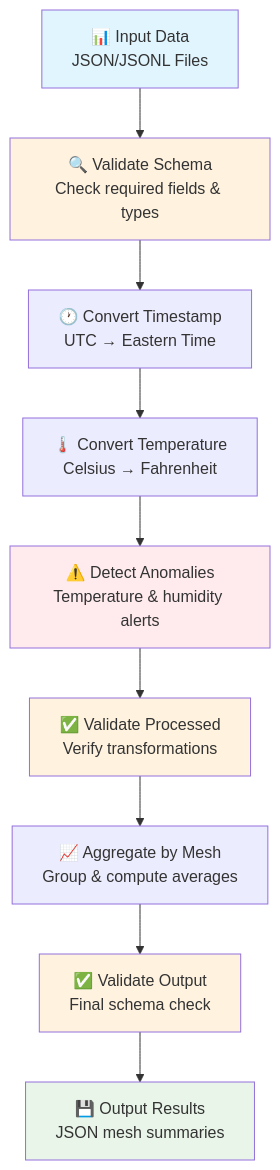
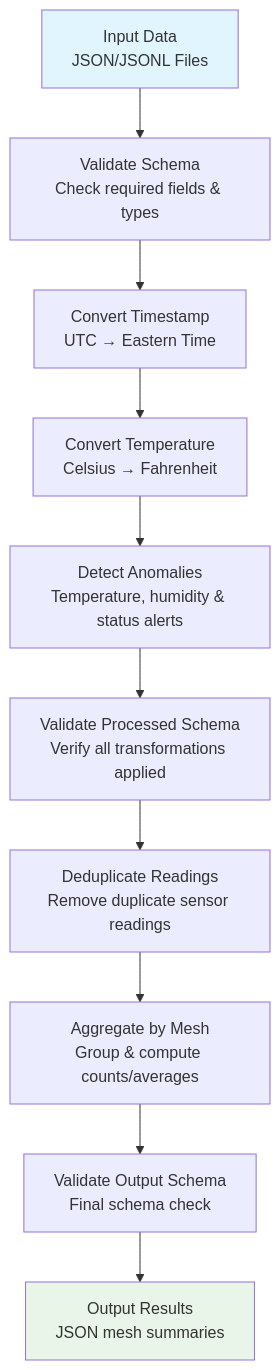
The diagram in README.md (cladden/sensor_pipeline), drawn with Mermaid before and after one commit. The commit also changed other lines of this file and 14 other files, not shown here.

Commit message:
change output alerts to counts and healthy reading percentage, split dedupe out into it's own step.

````diff
--- a/README.md
+++ b/README.md
@@ -122,18 +20,15 @@
 ```mermaid
 graph TD
-    A["📊 Input Data<br/>JSON/JSONL Files"] --> B["🔍 Validate Schema<br/>Check required fields & types"]
-    B --> C["🕐 Convert Timestamp<br/>UTC → Eastern Time"]
-    C --> D["🌡️ Convert Temperature<br/>Celsius → Fahrenheit"]
-    D --> E["⚠️ Detect Anomalies<br/>Temperature & humidity alerts"]
-    E --> F["✅ Validate Processed<br/>Verify transformations"]
-    F --> G["📈 Aggregate by Mesh<br/>Group & compute averages"]
-    G --> H["✅ Validate Output<br/>Final schema check"]
-    H --> I["💾 Output Results<br/>JSON mesh summaries"]
+    A["Input Data<br/>JSON/JSONL Files"] --> B["Validate Schema<br/>Check required fields & types"]
+    B --> C["Convert Timestamp<br/>UTC → Eastern Time"]
+    C --> D["Convert Temperature<br/>Celsius → Fahrenheit"]
+    D --> E["Detect Anomalies<br/>Temperature, humidity & status alerts"]
+    E --> F["Validate Processed Schema<br/>Verify all transformations applied"]
+    F --> G["Deduplicate Readings<br/>Remove duplicate sensor readings"]
+    G --> H["Aggregate by Mesh<br/>Group & compute counts/averages"]
+    H --> I["Validate Output Schema<br/>Final schema check"]
+    I --> J["Output Results<br/>JSON mesh summaries"]
     
     style A fill:#e1f5fe
-    style I fill:#e8f5e8
-    style B fill:#fff3e0
-    style F fill:#fff3e0
-    style H fill:#fff3e0
-    style E fill:#ffebee
+    style J fill:#e8f5e8
 ```
````
